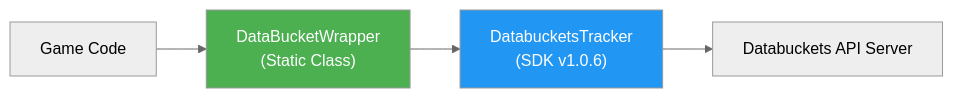
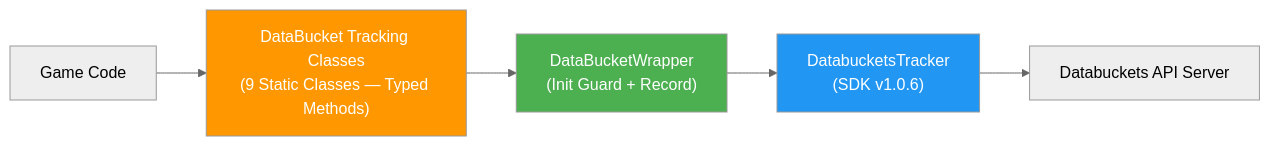
One commit to tuyennv38/DataBucketSdk changed the first of 3 diagrams in docs/architecture/system-design-002.md. Above: the diagram before and after it, drawn with Mermaid (neutral theme). The commit also changed other lines of this file and 14 other files, not shown here.

First line of the commit message:
feat(tracking): tao 9 DataBucket Tracking Classes v1.0.1

````diff
--- a/docs/architecture/system-design-002.md
+++ b/docs/architecture/system-design-002.md
@@ -14,9 +17,11 @@
 ```mermaid
 graph LR
-    A["Game Code"] --> B["DataBucketWrapper<br/>(Static Class)"]
-    B --> C["DatabucketsTracker<br/>(SDK v1.0.6)"]
-    C --> D["Databuckets API Server"]
+    A["Game Code"] --> B["DataBucket Tracking Classes<br/>(9 Static Classes — Typed Methods)"]
+    B --> C["DataBucketWrapper<br/>(Init Guard + Record)"]
+    C --> D["DatabucketsTracker<br/>(SDK v1.0.6)"]
+    D --> E["Databuckets API Server"]
     
-    style B fill:#4CAF50,color:#fff
-    style C fill:#2196F3,color:#fff
+    style B fill:#FF9800,color:#fff
+    style C fill:#4CAF50,color:#fff
+    style D fill:#2196F3,color:#fff
 ```
````
